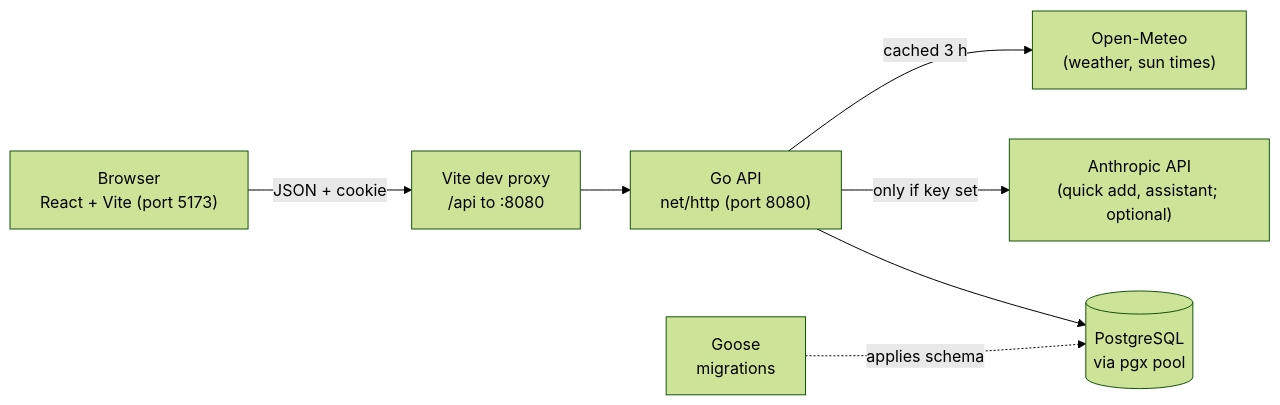
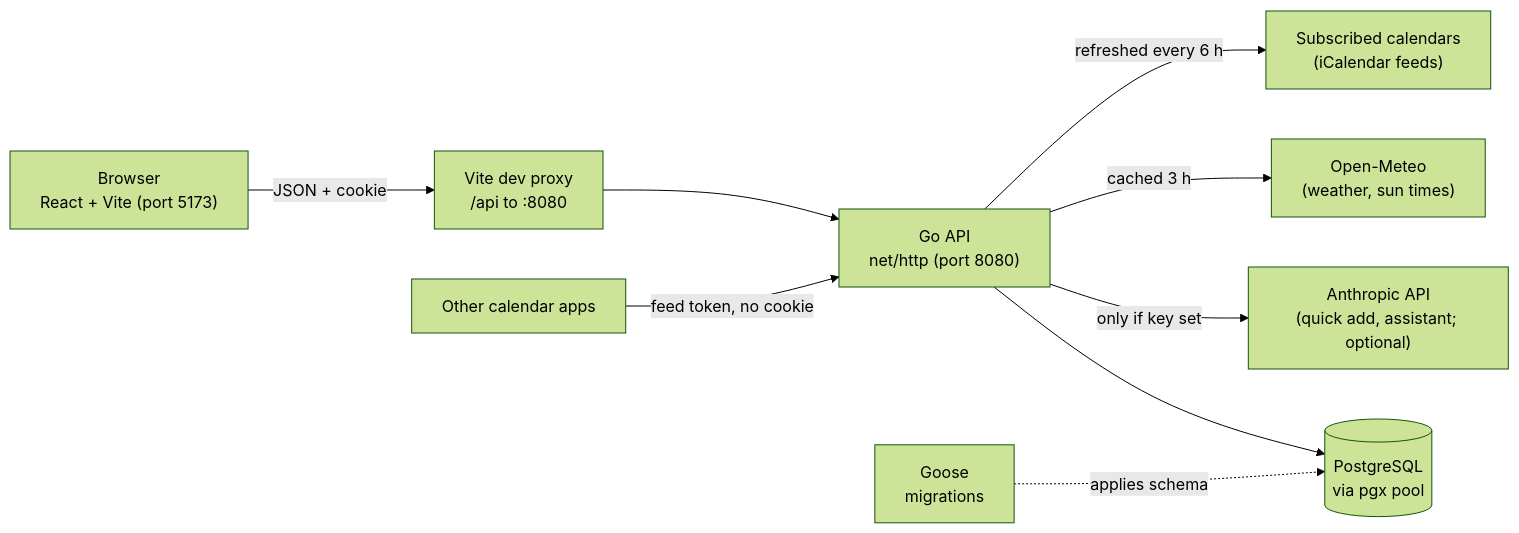
Before and after one commit to jonathan-skantz/jonska-calendar: the first of 3 diagrams in docs/architecture.md, drawn with Mermaid (forest theme). The commit also changed other lines of this file and 9 other files, not shown here.

````diff
--- a/docs/architecture.md
+++ b/docs/architecture.md
@@ -5,16 +5,20 @@
 ```mermaid
 flowchart LR
     Browser["Browser<br/>React + Vite (port 5173)"]
     Vite["Vite dev proxy<br/>/api to :8080"]
     API["Go API<br/>net/http (port 8080)"]
     DB[("PostgreSQL<br/>via pgx pool")]
     Goose["Goose<br/>migrations"]
     Anthropic["Anthropic API<br/>(quick add, assistant; optional)"]
     OpenMeteo["Open-Meteo<br/>(weather, sun times)"]
+    Feeds["Subscribed calendars<br/>(iCalendar feeds)"]
+    Apps["Other calendar apps"]
 
     Browser -->|"JSON + cookie"| Vite --> API
     API --> DB
     Goose -.->|"applies schema"| DB
     API -->|"only if key set"| Anthropic
     API -->|"cached 3 h"| OpenMeteo
+    API -->|"refreshed every 6 h"| Feeds
+    Apps -->|"feed token, no cookie"| API
 ```
````
